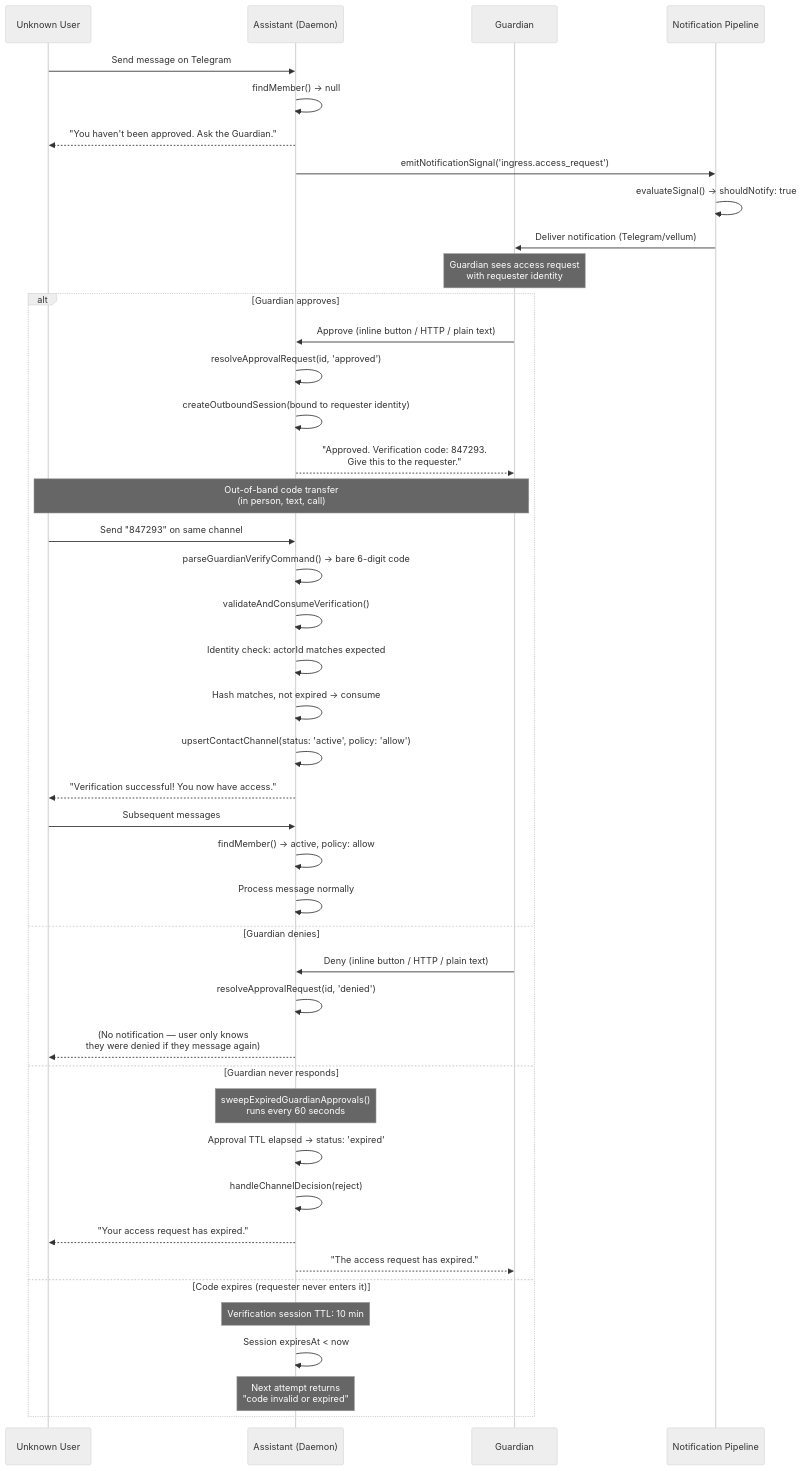
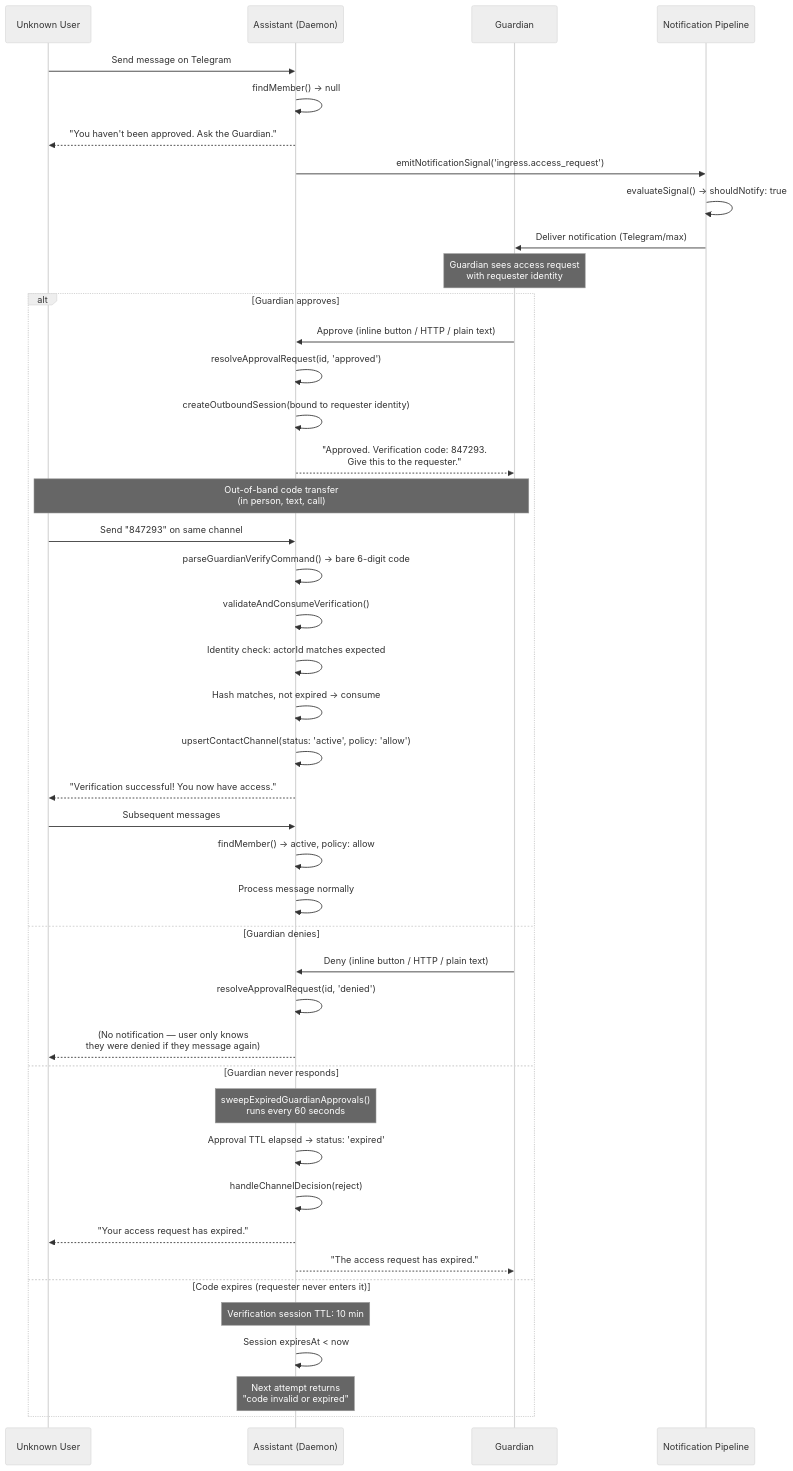
Before and after one commit to yashb98/max: the diagram in assistant/docs/trusted-contact-access.md, drawn with Mermaid (neutral theme). The commit also changed other lines of this file and 2502 other files, not shown here.

````diff
--- a/assistant/docs/trusted-contact-access.md
+++ b/assistant/docs/trusted-contact-access.md
@@ -146,55 +146,55 @@
 ```mermaid
 sequenceDiagram
     participant U as Unknown User
     participant A as Assistant (Daemon)
     participant G as Guardian
     participant N as Notification Pipeline
 
     U->>A: Send message on Telegram
     A->>A: findMember() → null
     A-->>U: "You haven't been approved. Ask the Guardian."
 
     A->>N: emitNotificationSignal('ingress.access_request')
     N->>N: evaluateSignal() → shouldNotify: true
-    N->>G: Deliver notification (Telegram/vellum)
+    N->>G: Deliver notification (Telegram/max)
 
     Note over G: Guardian sees access request<br/>with requester identity
 
     alt Guardian approves
         G->>A: Approve (inline button / HTTP / plain text)
         A->>A: resolveApprovalRequest(id, 'approved')
         A->>A: createOutboundSession(bound to requester identity)
         A-->>G: "Approved. Verification code: 847293.<br/>Give this to the requester."
 
         Note over G,U: Out-of-band code transfer<br/>(in person, text, call)
 
         U->>A: Send "847293" on same channel
         A->>A: parseGuardianVerifyCommand() → bare 6-digit code
         A->>A: validateAndConsumeVerification()
         A->>A: Identity check: actorId matches expected
         A->>A: Hash matches, not expired → consume
         A->>A: upsertContactChannel(status: 'active', policy: 'allow')
         A-->>U: "Verification successful! You now have access."
 
         U->>A: Subsequent messages
         A->>A: findMember() → active, policy: allow
         A->>A: Process message normally
 
     else Guardian denies
         G->>A: Deny (inline button / HTTP / plain text)
         A->>A: resolveApprovalRequest(id, 'denied')
         A-->>U: (No notification — user only knows<br/>they were denied if they message again)
 
     else Guardian never responds
         Note over A: sweepExpiredGuardianApprovals()<br/>runs every 60 seconds
         A->>A: Approval TTL elapsed → status: 'expired'
         A->>A: handleChannelDecision(reject)
         A-->>U: "Your access request has expired."
         A-->>G: "The access request has expired."
 
     else Code expires (requester never enters it)
         Note over A: Verification session TTL: 10 min
         A->>A: Session expiresAt < now
         Note over A: Next attempt returns<br/>"code invalid or expired"
     end
 ```
````
